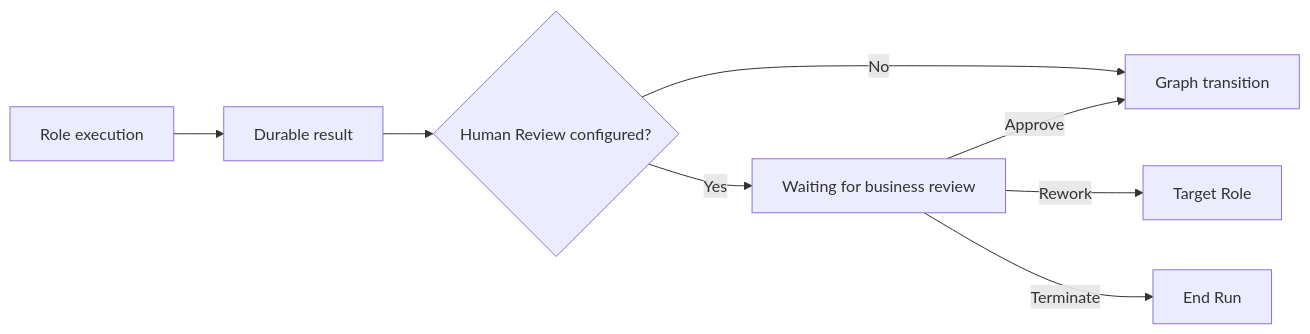
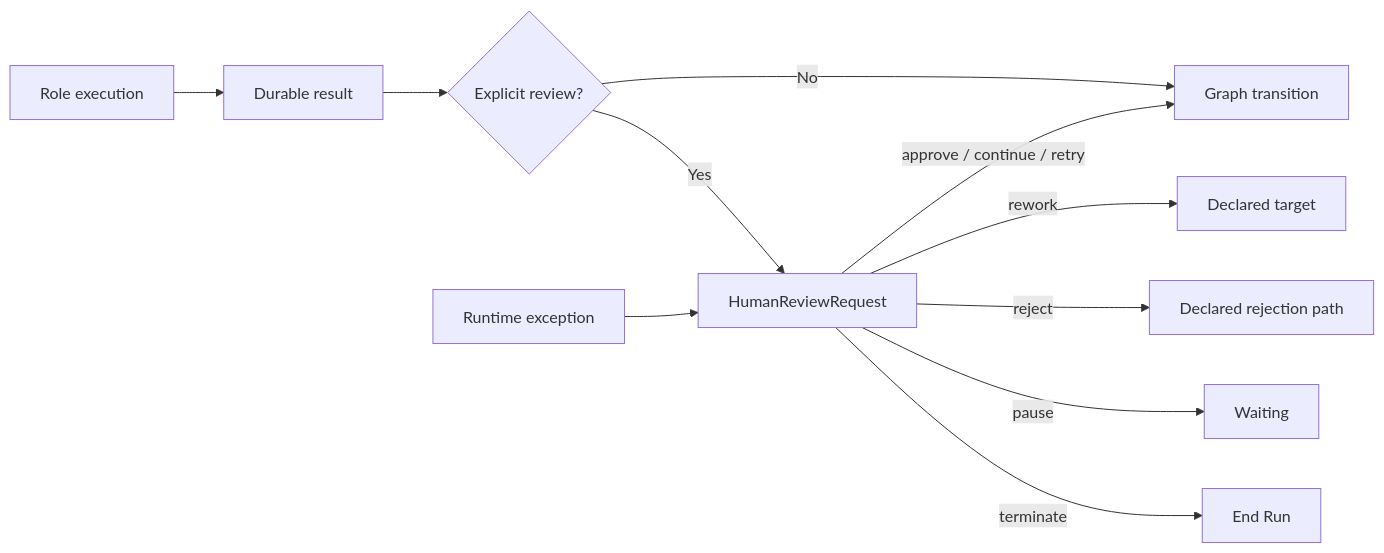
Before and after one commit to Fredericzhou/ogsystem: the eighth of 8 diagrams in docs/development/role-execution-architecture.md, drawn with Mermaid. The commit also changed other lines of this file and 1 other file, not shown here.

Commit message:
docs: finalize OGS contract set v2 architecture

````diff
--- a/docs/development/role-execution-architecture.md
+++ b/docs/development/role-execution-architecture.md
@@ -1198,10 +1709,13 @@
 ```mermaid
 flowchart LR
     A["Role execution"] --> B["Durable result"]
-    B --> C{"Human Review configured?"}
+    B --> C{"Explicit review?"}
     C -->|No| D["Graph transition"]
-    C -->|Yes| E["Waiting for business review"]
-    E -->|Approve| D
-    E -->|Rework| F["Target Role"]
-    E -->|Terminate| G["End Run"]
+    C -->|Yes| E["HumanReviewRequest"]
+    X["Runtime exception"] --> E
+    E -->|approve / continue / retry| D
+    E -->|rework| F["Declared target"]
+    E -->|reject| G["Declared rejection path"]
+    E -->|pause| H["Waiting"]
+    E -->|terminate| I["End Run"]
 ```
````
